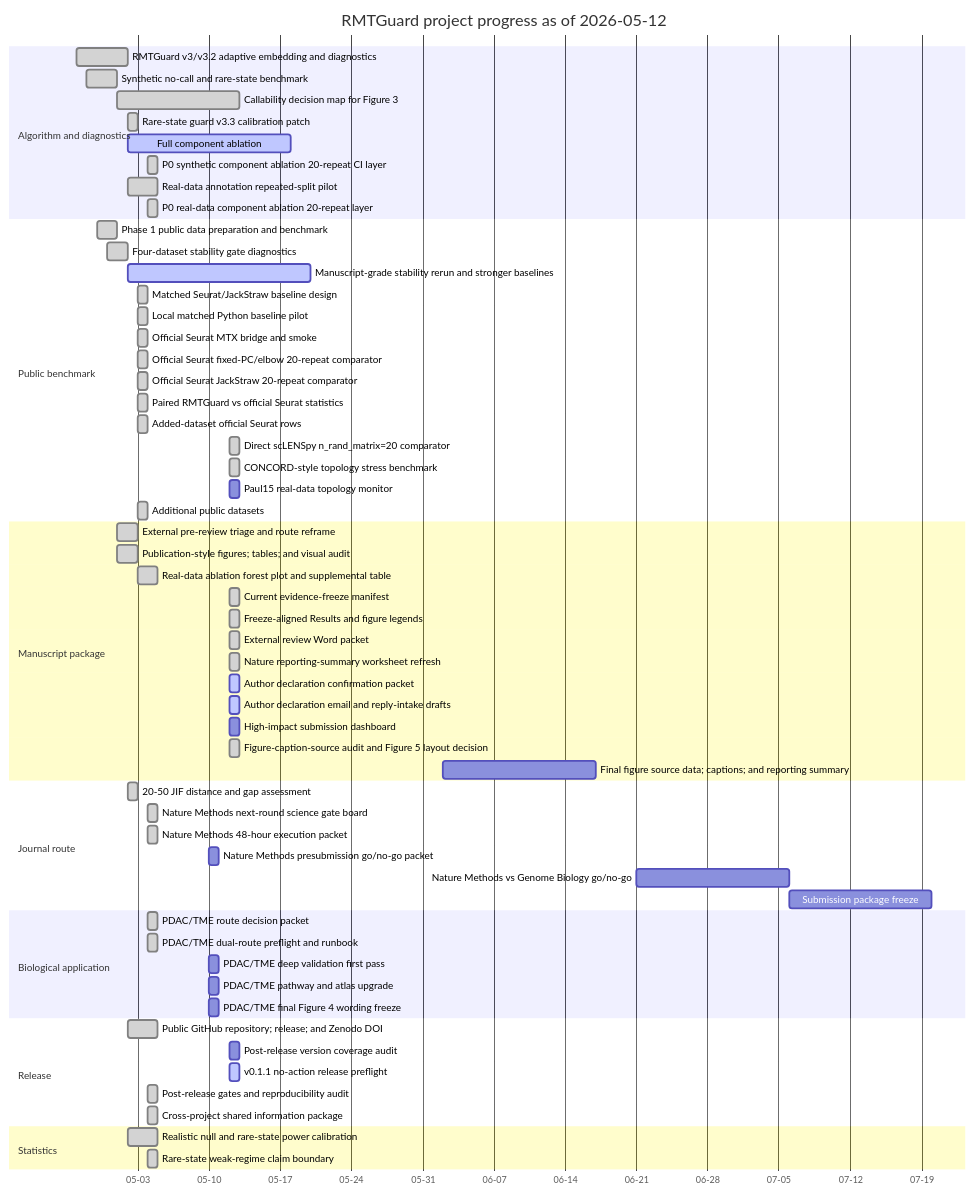
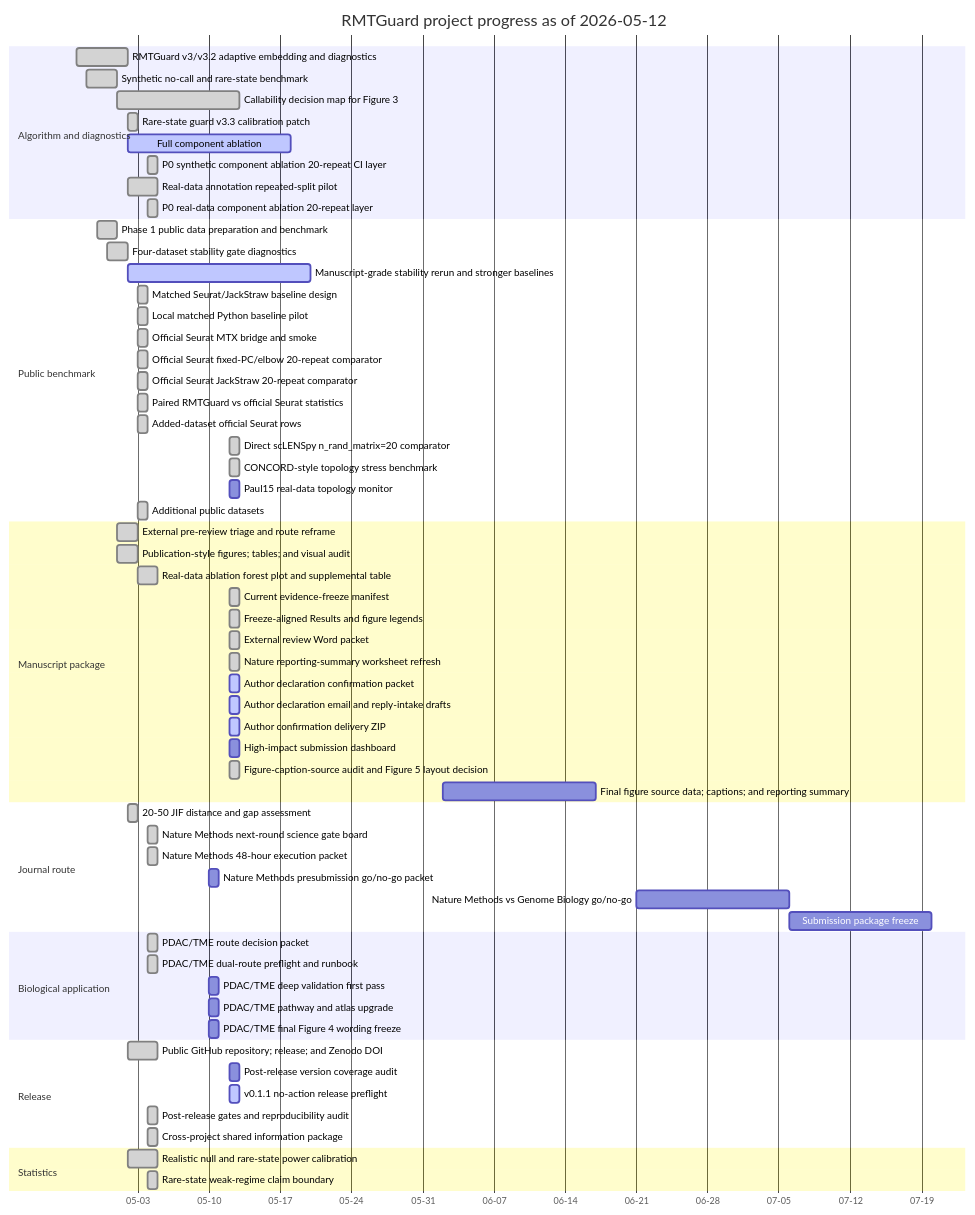
One commit to healthgreat/rmtguard changed the diagram in results/project_management/rmtguard_project_gantt.md. Above: the diagram before and after it, drawn with Mermaid. The commit also changed other lines of this file and 20 other files, not shown here.

Commit message:
Add author confirmation delivery bundle

````diff
--- a/results/project_management/rmtguard_project_gantt.md
+++ b/results/project_management/rmtguard_project_gantt.md
@@ -13,65 +13,66 @@
 ```mermaid
 gantt
     title RMTGuard project progress as of 2026-05-12
     dateFormat  YYYY-MM-DD
     axisFormat  %m-%d
     section Algorithm and diagnostics
     RMTGuard v3/v3.2 adaptive embedding and diagnostics :done, T01, 2026-04-27, 5d
     Synthetic no-call and rare-state benchmark :done, T02, 2026-04-28, 3d
     Callability decision map for Figure 3 :done, T03, 2026-05-01, 12d
     Rare-state guard v3.3 calibration patch :done, T04, 2026-05-02, 1d
     Full component ablation :active, T18, 2026-05-02, 16d
     P0 synthetic component ablation 20-repeat CI layer :done, T19, 2026-05-04, 1d
     Real-data annotation repeated-split pilot :done, T20, 2026-05-02, 3d
     P0 real-data component ablation 20-repeat layer :done, T21, 2026-05-04, 1d
     section Public benchmark
     Phase 1 public data preparation and benchmark :done, T05, 2026-04-29, 2d
     Four-dataset stability gate diagnostics :done, T06, 2026-04-30, 2d
     Manuscript-grade stability rerun and stronger baselines :active, T17, 2026-05-02, 18d
-    Matched Seurat/JackStraw baseline design :done, T33, 2026-05-03, 1d
-    Local matched Python baseline pilot :done, T34, 2026-05-03, 1d
-    Official Seurat MTX bridge and smoke :done, T35, 2026-05-03, 1d
-    Official Seurat fixed-PC/elbow 20-repeat comparator :done, T36, 2026-05-03, 1d
-    Official Seurat JackStraw 20-repeat comparator :done, T37, 2026-05-03, 1d
-    Paired RMTGuard vs official Seurat statistics :done, T38, 2026-05-03, 1d
-    Added-dataset official Seurat rows :done, T39, 2026-05-03, 1d
-    Direct scLENSpy n_rand_matrix=20 comparator :done, T40, 2026-05-12, 1d
-    CONCORD-style topology stress benchmark :done, T41, 2026-05-12, 1d
-    Paul15 real-data topology monitor :T42, 2026-05-12, 1d
-    Additional public datasets :done, T46, 2026-05-03, 1d
+    Matched Seurat/JackStraw baseline design :done, T34, 2026-05-03, 1d
+    Local matched Python baseline pilot :done, T35, 2026-05-03, 1d
+    Official Seurat MTX bridge and smoke :done, T36, 2026-05-03, 1d
+    Official Seurat fixed-PC/elbow 20-repeat comparator :done, T37, 2026-05-03, 1d
+    Official Seurat JackStraw 20-repeat comparator :done, T38, 2026-05-03, 1d
+    Paired RMTGuard vs official Seurat statistics :done, T39, 2026-05-03, 1d
+    Added-dataset official Seurat rows :done, T40, 2026-05-03, 1d
+    Direct scLENSpy n_rand_matrix=20 comparator :done, T41, 2026-05-12, 1d
+    CONCORD-style topology stress benchmark :done, T42, 2026-05-12, 1d
+    Paul15 real-data topology monitor :T43, 2026-05-12, 1d
+    Additional public datasets :done, T47, 2026-05-03, 1d
     section Manuscript package
     External pre-review triage and route reframe :done, T07, 2026-05-01, 2d
     Publication-style figures; tables; and visual audit :done, T08, 2026-05-01, 2d
     Real-data ablation forest plot and supplemental table :done, T22, 2026-05-03, 2d
     Current evidence-freeze manifest :done, T23, 2026-05-12, 1d
     Freeze-aligned Results and figure legends :done, T24, 2026-05-12, 1d
     External review Word packet :done, T25, 2026-05-12, 1d
     Nature reporting-summary worksheet refresh :done, T26, 2026-05-12, 1d
     Author declaration confirmation packet :active, T27, 2026-05-12, 1d
     Author declaration email and reply-intake drafts :active, T28, 2026-05-12, 1d
-    High-impact submission dashboard :T29, 2026-05-12, 1d
-    Figure-caption-source audit and Figure 5 layout decision :done, T30, 2026-05-12, 1d
-    Final figure source data; captions; and reporting summary :T47, 2026-06-02, 15d
+    Author confirmation delivery ZIP :active, T29, 2026-05-12, 1d
+    High-impact submission dashboard :T30, 2026-05-12, 1d
+    Figure-caption-source audit and Figure 5 layout decision :done, T31, 2026-05-12, 1d
+    Final figure source data; captions; and reporting summary :T48, 2026-06-02, 15d
     section Journal route
     20-50 JIF distance and gap assessment :done, T09, 2026-05-02, 1d
     Nature Methods next-round science gate board :done, T10, 2026-05-04, 1d
     Nature Methods 48-hour execution packet :done, T11, 2026-05-04, 1d
-    Nature Methods presubmission go/no-go packet :T50, 2026-05-10, 1d
-    Nature Methods vs Genome Biology go/no-go :T51, 2026-06-21, 15d
-    Submission package freeze :T52, 2026-07-06, 14d
+    Nature Methods presubmission go/no-go packet :T51, 2026-05-10, 1d
+    Nature Methods vs Genome Biology go/no-go :T52, 2026-06-21, 15d
+    Submission package freeze :T53, 2026-07-06, 14d
     section Biological application
     PDAC/TME route decision packet :done, T12, 2026-05-04, 1d
     PDAC/TME dual-route preflight and runbook :done, T13, 2026-05-04, 1d
-    PDAC/TME deep validation first pass :T43, 2026-05-10, 1d
-    PDAC/TME pathway and atlas upgrade :T44, 2026-05-10, 1d
-    PDAC/TME final Figure 4 wording freeze :T45, 2026-05-10, 1d
+    PDAC/TME deep validation first pass :T44, 2026-05-10, 1d
+    PDAC/TME pathway and atlas upgrade :T45, 2026-05-10, 1d
+    PDAC/TME final Figure 4 wording freeze :T46, 2026-05-10, 1d
     section Release
     Public GitHub repository; release; and Zenodo DOI :done, T14, 2026-05-02, 3d
-    Post-release version coverage audit :T31, 2026-05-12, 1d
-    v0.1.1 no-action release preflight :active, T32, 2026-05-12, 1d
-    Post-release gates and reproducibility audit :done, T48, 2026-05-04, 1d
-    Cross-project shared information package :done, T49, 2026-05-04, 1d
+    Post-release version coverage audit :T32, 2026-05-12, 1d
+    v0.1.1 no-action release preflight :active, T33, 2026-05-12, 1d
+    Post-release gates and reproducibility audit :done, T49, 2026-05-04, 1d
+    Cross-project shared information package :done, T50, 2026-05-04, 1d
     section Statistics
     Realistic null and rare-state power calibration :done, T15, 2026-05-02, 3d
     Rare-state weak-regime claim boundary :done, T16, 2026-05-04, 1d
 ```
````
